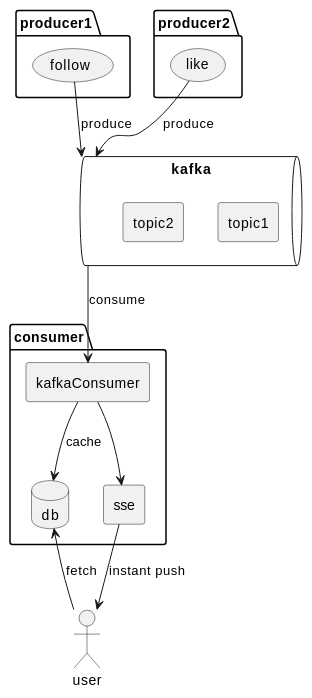
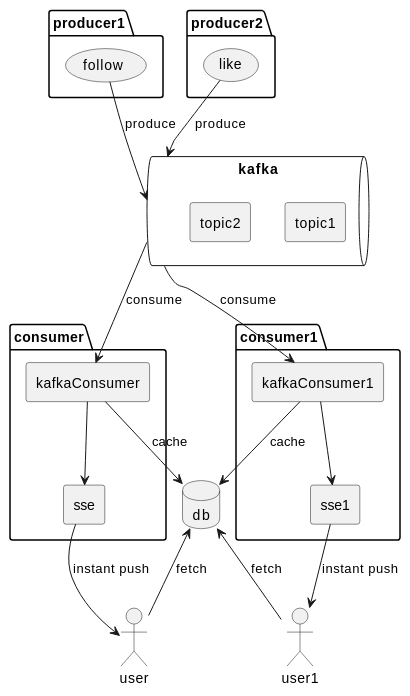
Before and after one commit to kevinwang930/mycode: the first of 2 diagrams in design/eventstream.md, drawn with PlantUML. The commit also changed other lines of this file and 4 other files, not shown here.

````diff
--- a/design/eventstream.md
+++ b/design/eventstream.md
@@ -4,31 +8,41 @@
 ```plantuml
 
 top to bottom direction
 actor user
+actor user1
 queue kafka {
     rectangle topic1 
     rectangle topic2 
 }
 package producer1 {
     (follow)
 }
 package producer2 {
     (like)
 }
 
 package consumer {
     rectangle kafkaConsumer
     rectangle sse
-    database db
+    
 }
-
+package consumer1 {
+    rectangle kafkaConsumer1
+    rectangle sse1   
+}
+database db
 
 sse --> user: instant push
+sse1 --> user1: instant push
 like --> kafka: produce
 follow --> kafka: produce
 kafka --> kafkaConsumer: consume
+kafka --> kafkaConsumer1: consume
 kafkaConsumer --> db: cache
+kafkaConsumer1 --> db: cache
 kafkaConsumer --> sse
-user --> db: fetch
+kafkaConsumer1 --> sse1
+user -up-> db: fetch
+user1 -up-> db: fetch
 
 ```
````
